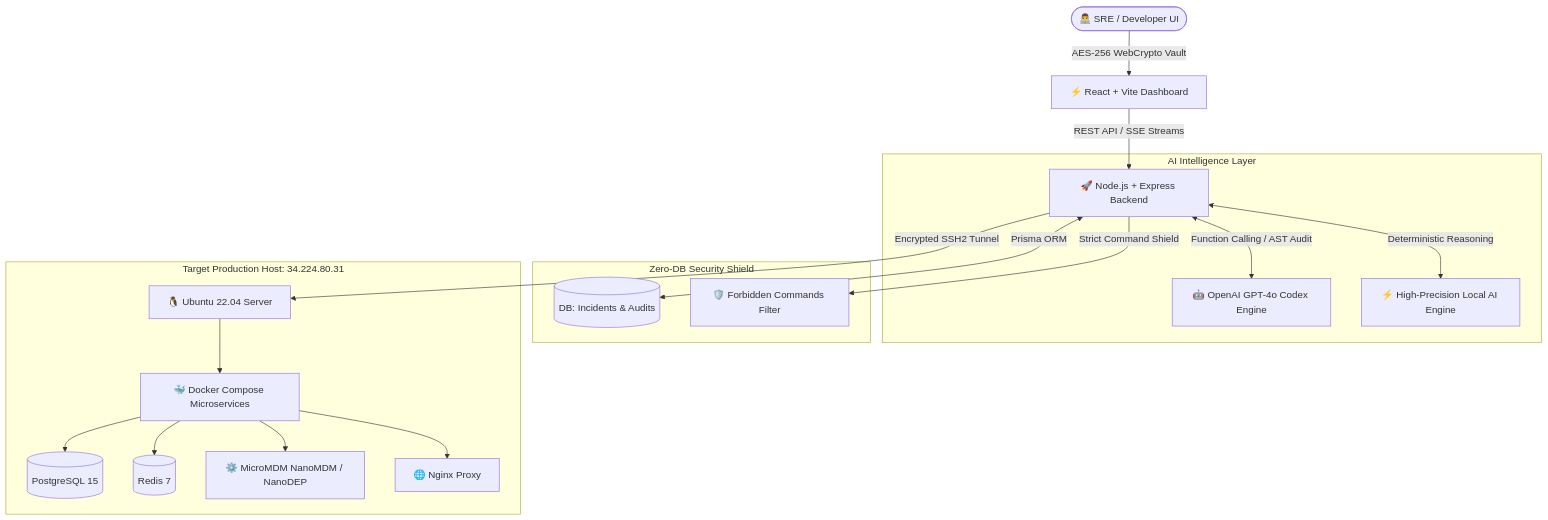
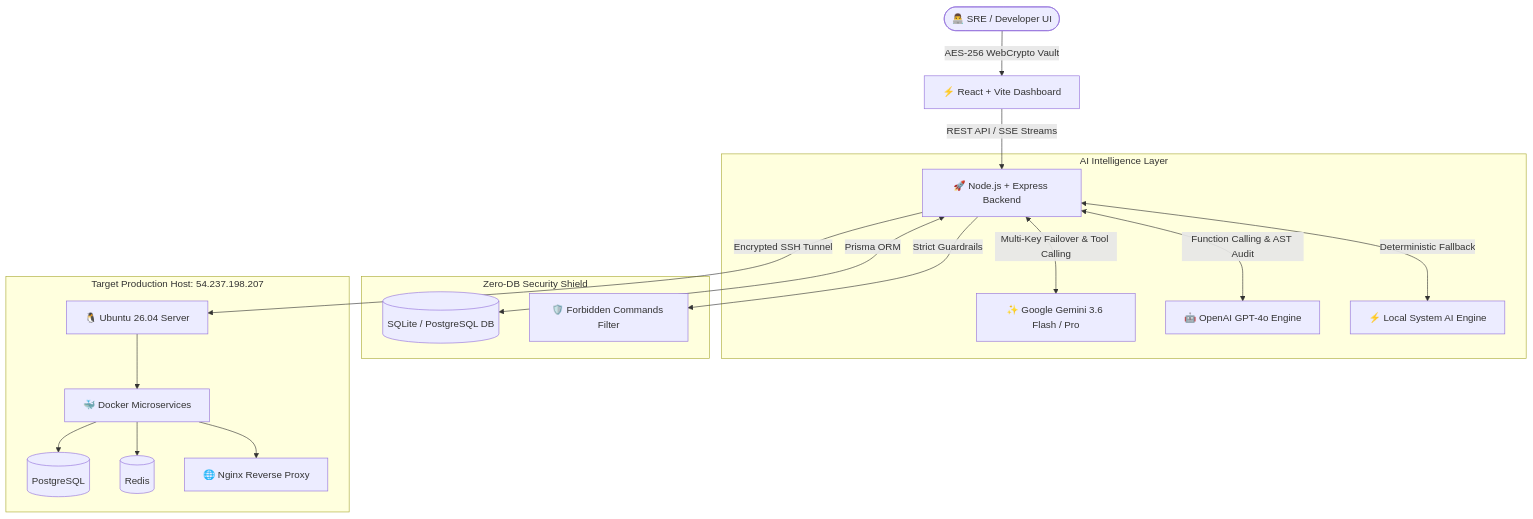
One commit to WildDragonDot/ops-pilot changed the diagram in README.md. Above: the diagram before and after it, drawn with Mermaid. The commit also changed other lines of this file, not shown here.

Commit message:
docs: update README with architecture, setup, testing, and deployment instructions

````diff
--- a/README.md
+++ b/README.md
@@ -17,24 +17,24 @@
 ```mermaid
 graph TD
     User([👨‍💻 SRE / Developer UI]) -->|AES-256 WebCrypto Vault| Frontend[⚡ React + Vite Dashboard]
     Frontend -->|REST API / SSE Streams| Backend[🚀 Node.js + Express Backend]
     
     subgraph AI Intelligence Layer
-        Backend <-->|Function Calling / AST Audit| OpenAI[🤖 OpenAI GPT-4o Codex Engine]
-        Backend <-->|Deterministic Reasoning| FallbackAI[⚡ High-Precision Local AI Engine]
+        Backend <-->|Multi-Key Failover & Tool Calling| Gemini[✨ Google Gemini 3.6 Flash / Pro]
+        Backend <-->|Function Calling & AST Audit| OpenAI[🤖 OpenAI GPT-4o Engine]
+        Backend <-->|Deterministic Fallback| FallbackAI[⚡ Local System AI Engine]
     end
     
     subgraph Zero-DB Security Shield
-        Backend <-->|Prisma ORM| Postgres[(DB: Incidents & Audits)]
-        Backend -->|Strict Command Shield| Policy[🛡️ Forbidden Commands Filter]
+        Backend <-->|Prisma ORM| DB[(SQLite / PostgreSQL DB)]
+        Backend -->|Strict Guardrails| Policy[🛡️ Forbidden Commands Filter]
     end
     
-    subgraph Target Production Host: 34.224.80.31
-        Backend -->|Encrypted SSH2 Tunnel| Host[🐧 Ubuntu 22.04 Server]
-        Host --> Docker[🐳 Docker Compose Microservices]
-        Docker --> PG[(PostgreSQL 15)]
-        Docker --> Redis[(Redis 7)]
-        Docker --> NanoMDM[⚙️ MicroMDM NanoMDM / NanoDEP]
-        Docker --> Nginx[🌐 Nginx Proxy]
+    subgraph Target Production Host: 54.237.198.207
+        Backend -->|Encrypted SSH Tunnel| Host[🐧 Ubuntu 26.04 Server]
+        Host --> Docker[🐳 Docker Microservices]
+        Docker --> PG[(PostgreSQL)]
+        Docker --> Redis[(Redis)]
+        Docker --> Nginx[🌐 Nginx Reverse Proxy]
     end
 ```
````
